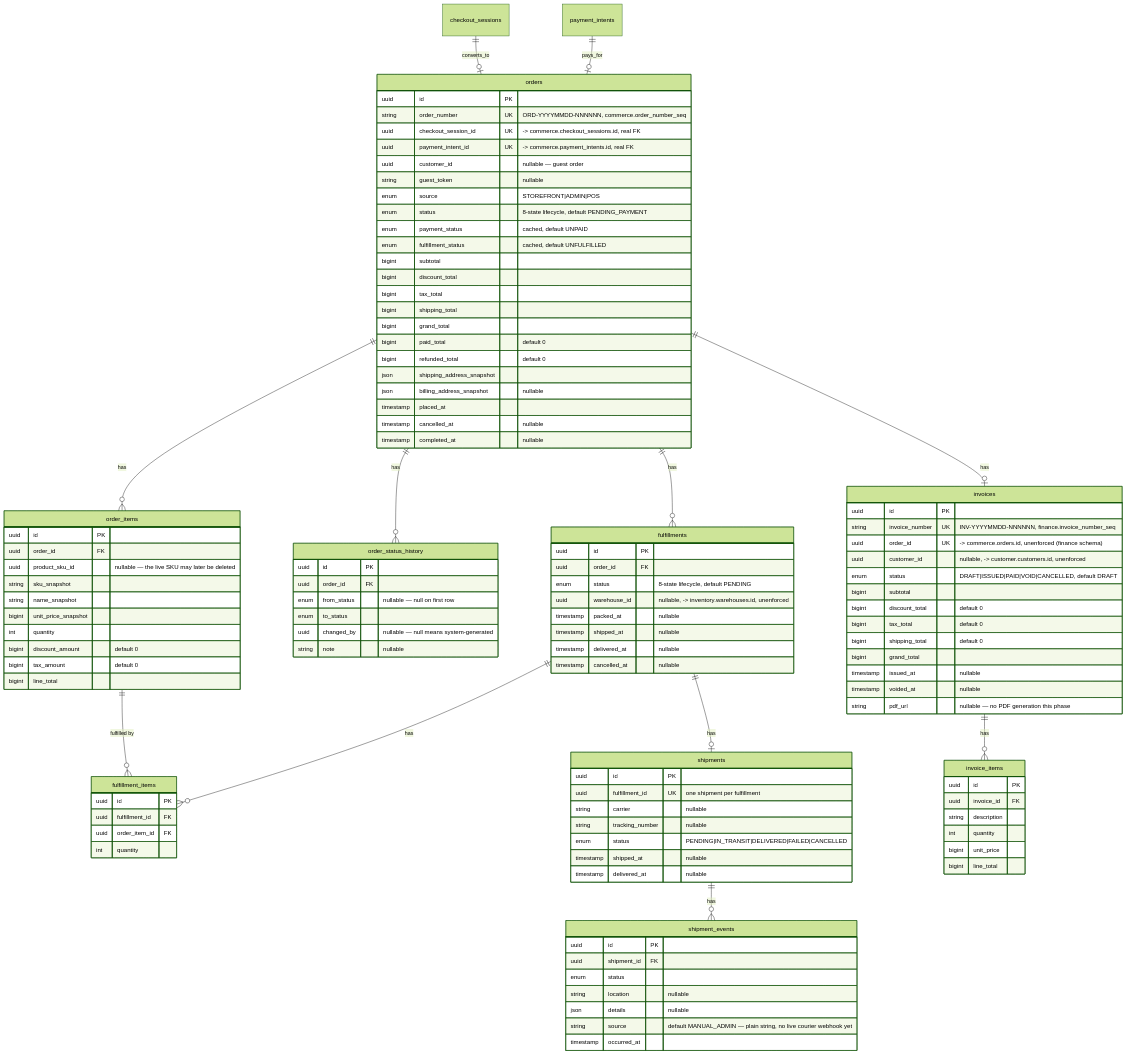
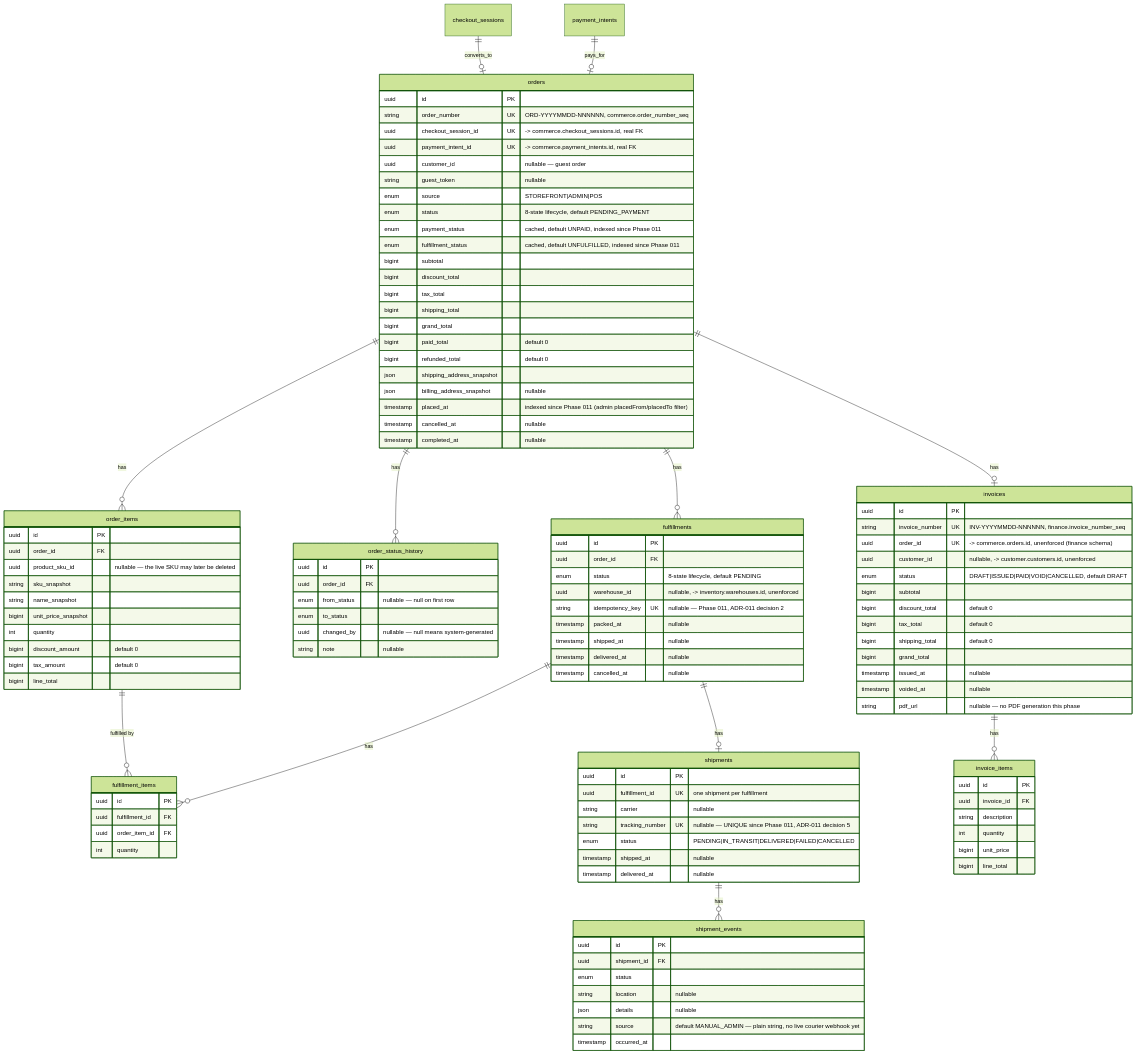
One commit to HuseinHbz/Didar changed the diagram in docs/database/order-erd.md. Above: the diagram before and after it, drawn with Mermaid (forest theme). The commit also changed other lines of this file and 10 other files, not shown here.

```diff
--- a/docs/database/order-erd.md
+++ b/docs/database/order-erd.md
@@ -71,8 +71,8 @@
         string guest_token "nullable"
         enum source "STOREFRONT|ADMIN|POS"
         enum status "8-state lifecycle, default PENDING_PAYMENT"
-        enum payment_status "cached, default UNPAID"
-        enum fulfillment_status "cached, default UNFULFILLED"
+        enum payment_status "cached, default UNPAID, indexed since Phase 011"
+        enum fulfillment_status "cached, default UNFULFILLED, indexed since Phase 011"
         bigint subtotal
         bigint discount_total
         bigint tax_total
@@ -82,7 +82,7 @@
         bigint refunded_total "default 0"
         json shipping_address_snapshot
         json billing_address_snapshot "nullable"
-        timestamp placed_at
+        timestamp placed_at "indexed since Phase 011 (admin placedFrom/placedTo filter)"
         timestamp cancelled_at "nullable"
         timestamp completed_at "nullable"
     }
@@ -111,6 +111,7 @@
         uuid order_id FK
         enum status "8-state lifecycle, default PENDING"
         uuid warehouse_id "nullable, -> inventory.warehouses.id, unenforced"
+        string idempotency_key UK "nullable — Phase 011, ADR-011 decision 2"
         timestamp packed_at "nullable"
         timestamp shipped_at "nullable"
         timestamp delivered_at "nullable"
@@ -126,7 +127,7 @@
         uuid id PK
         uuid fulfillment_id UK "one shipment per fulfillment"
         string carrier "nullable"
-        string tracking_number "nullable"
+        string tracking_number UK "nullable — UNIQUE since Phase 011, ADR-011 decision 5"
         enum status "PENDING|IN_TRANSIT|DELIVERED|FAILED|CANCELLED"
         timestamp shipped_at "nullable"
         timestamp delivered_at "nullable"
```
